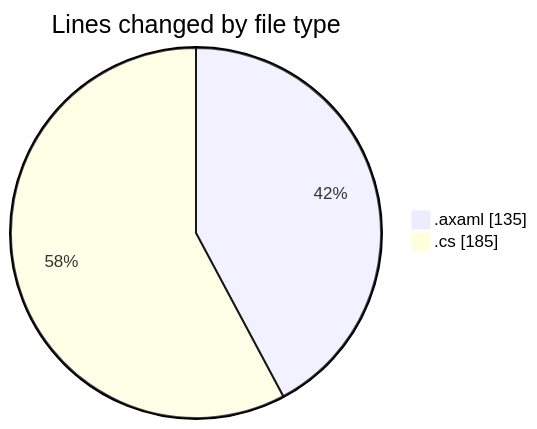
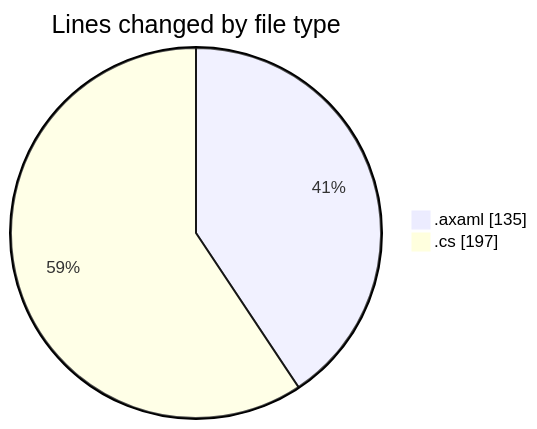
Before and after one commit to Netris89/code-tracking: the first of 2 diagrams in 2025-10-30/skintrack/README.md, drawn with Mermaid. The commit also changed other lines of this file and 1 other file, not shown here.

````diff
--- a/2025-10-30/skintrack/README.md
+++ b/2025-10-30/skintrack/README.md
@@ -24,6 +25,6 @@
 ```mermaid
 pie showData
 title Lines changed by file type
 ".axaml" : 135
-".cs" : 185
+".cs" : 197
 ```
````
